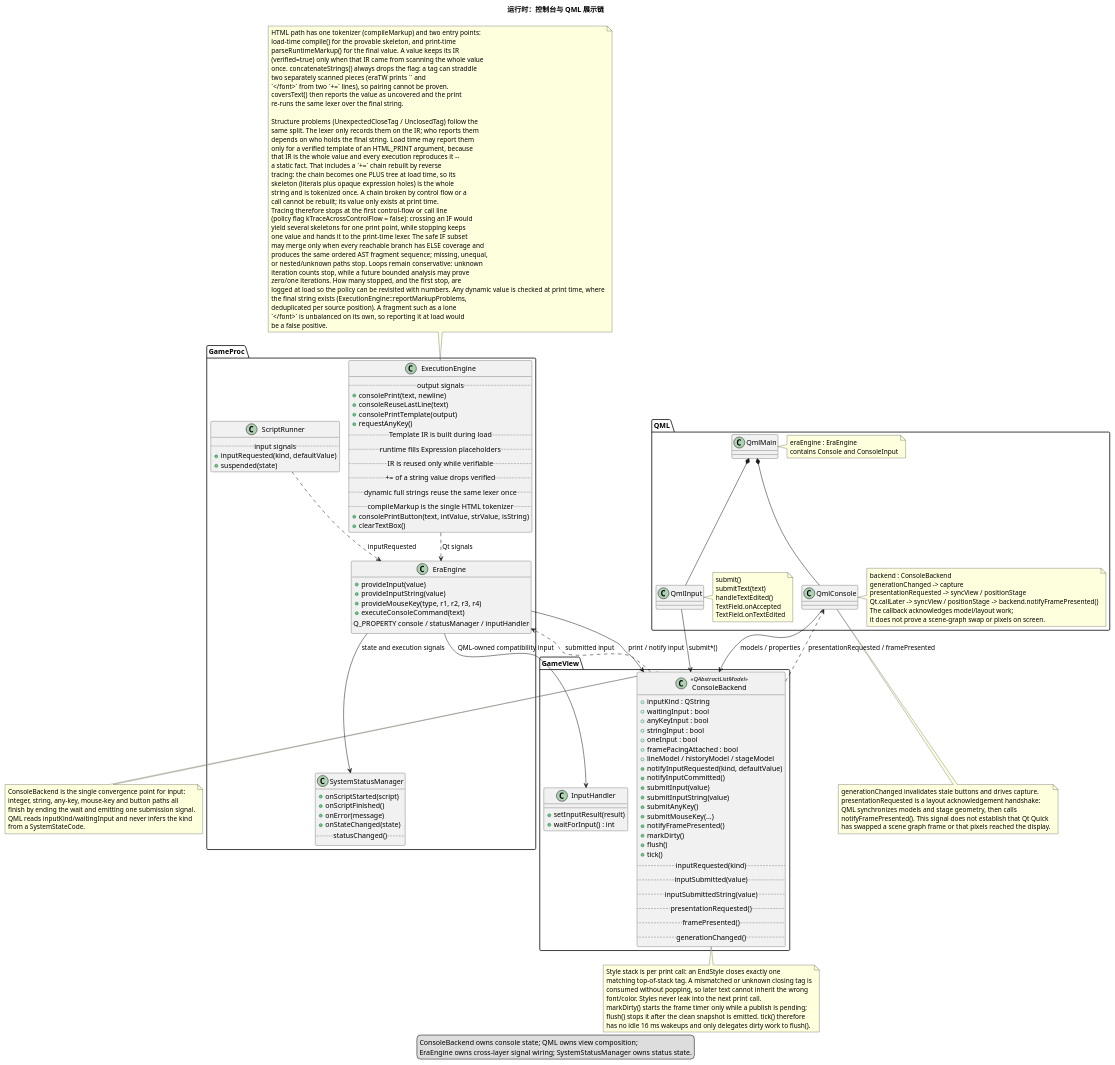
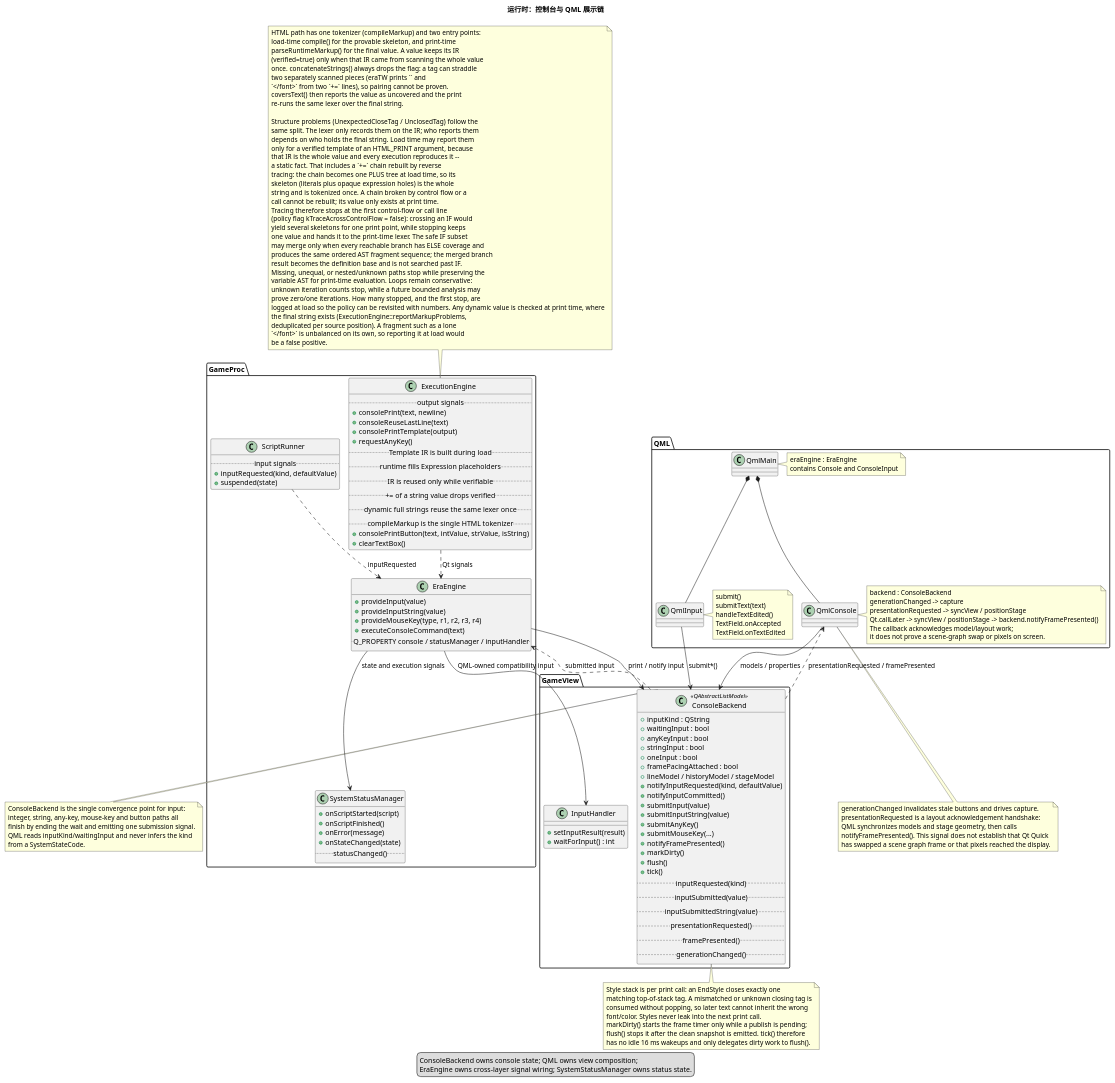
One commit to yigekuyou/qt-eraemu changed the diagram in docs/uml/04-runtime-console-qml.puml. Above: the diagram before and after it, drawn with PlantUML. The commit also changed 2 other files, not shown here.

```diff
--- a/docs/uml/04-runtime-console-qml.puml
+++ b/docs/uml/04-runtime-console-qml.puml
@@ -1,190 +1,192 @@
 @startuml 04-runtime-console-qml
 !pragma layout smetana
 ' 运行时责任 3/4：输出、输入桥接与 QML 呈现
 ' 来源：eraengine.cpp, GameProc/execution_engine.h, GameView/console_backend.h,
 '       GameView/system_status_manager.h, GameView/input_handler.h, qml/Console.qml,
 '       qml/ConsoleInput.qml
 
 title 运行时：控制台与 QML 展示链
 
 package "GameProc" {
   class ExecutionEngine {
     .. output signals ..
     + consolePrint(text, newline)
     + consoleReuseLastLine(text)
     + consolePrintTemplate(output)
     + requestAnyKey()
     .. Template IR is built during load ..
     .. runtime fills Expression placeholders ..
     .. IR is reused only while verifiable ..
     .. += of a string value drops verified ..
     .. dynamic full strings reuse the same lexer once ..
     .. compileMarkup is the single HTML tokenizer ..
     + consolePrintButton(text, intValue, strValue, isString)
     + clearTextBox()
   }
 
   class ScriptRunner {
     .. input signals ..
     + inputRequested(kind, defaultValue)
     + suspended(state)
   }
 
   class EraEngine {
     + provideInput(value)
     + provideInputString(value)
     + provideMouseKey(type, r1, r2, r3, r4)
     + executeConsoleCommand(text)
     .. Q_PROPERTY console / statusManager / inputHandler ..
   }
 
   class SystemStatusManager {
     + onScriptStarted(script)
     + onScriptFinished()
     + onError(message)
     + onStateChanged(state)
     .. statusChanged() ..
   }
 }
 
 package "GameView" {
   class ConsoleBackend <<QAbstractListModel>> {
     + inputKind : QString
     + waitingInput : bool
     + anyKeyInput : bool
     + stringInput : bool
     + oneInput : bool
     + framePacingAttached : bool
     + lineModel / historyModel / stageModel
     + notifyInputRequested(kind, defaultValue)
     + notifyInputCommitted()
     + submitInput(value)
     + submitInputString(value)
     + submitAnyKey()
     + submitMouseKey(...)
     + notifyFramePresented()
     + markDirty()
     + flush()
     + tick()
     .. inputRequested(kind) ..
     .. inputSubmitted(value) ..
     .. inputSubmittedString(value) ..
     .. presentationRequested() ..
     .. framePresented() ..
     .. generationChanged() ..
   }
 
   class InputHandler {
     + setInputResult(result)
     + waitForInput() : int
   }
 }
 
 package "QML" {
   class QmlConsole
   class QmlInput
   class QmlMain
 
   note right of QmlConsole
     backend : ConsoleBackend
     generationChanged -> capture
     presentationRequested -> syncView / positionStage
     Qt.callLater -> syncView / positionStage -> backend.notifyFramePresented()
     The callback acknowledges model/layout work;
     it does not prove a scene-graph swap or pixels on screen.
   end note
 
   note right of QmlInput
     submit()
     submitText(text)
     handleTextEdited()
     TextField.onAccepted
     TextField.onTextEdited
   end note
 
   note right of QmlMain
     eraEngine : EraEngine
     contains Console and ConsoleInput
   end note
 }
 
 ExecutionEngine ..> EraEngine : Qt signals
 ScriptRunner ..> EraEngine : inputRequested
 EraEngine --> ConsoleBackend : print / notify input
 ConsoleBackend ..> EraEngine : submitted input
 EraEngine --> SystemStatusManager : state and execution signals
 EraEngine --> InputHandler : QML-owned compatibility input
 QmlMain *-- QmlConsole
 QmlMain *-- QmlInput
 QmlConsole --> ConsoleBackend : models / properties
 QmlInput --> ConsoleBackend : submit*()
 ConsoleBackend ..> QmlConsole : presentationRequested / framePresented
 
 note right of ConsoleBackend
   ConsoleBackend is the single convergence point for input:
   integer, string, any-key, mouse-key and button paths all
   finish by ending the wait and emitting one submission signal.
   QML reads inputKind/waitingInput and never infers the kind
   from a SystemStateCode.
 end note
 
 note top of ExecutionEngine
   HTML path has one tokenizer (compileMarkup) and two entry points:
   load-time compile() for the provable skeleton, and print-time
   parseRuntimeMarkup() for the final value. A value keeps its IR
   (verified=true) only when that IR came from scanning the whole value
   once. concatenateStrings() always drops the flag: a tag can straddle
   two separately scanned pieces (eraTW prints `<font ...>` and
   `</font>` from two `+=` lines), so pairing cannot be proven.
   coversText() then reports the value as uncovered and the print
   re-runs the same lexer over the final string.
 
   Structure problems (UnexpectedCloseTag / UnclosedTag) follow the
   same split. The lexer only records them on the IR; who reports them
   depends on who holds the final string. Load time may report them
   only for a verified template of an HTML_PRINT argument, because
   that IR is the whole value and every execution reproduces it --
   a static fact. That includes a `+=` chain rebuilt by reverse
   tracing: the chain becomes one PLUS tree at load time, so its
   skeleton (literals plus opaque expression holes) is the whole
   string and is tokenized once. A chain broken by control flow or a
   call cannot be rebuilt; its value only exists at print time.
   Tracing therefore stops at the first control-flow or call line
   (policy flag kTraceAcrossControlFlow = false): crossing an IF would
   yield several skeletons for one print point, while stopping keeps
   one value and hands it to the print-time lexer. The safe IF subset
   may merge only when every reachable branch has ELSE coverage and
-  produces the same ordered AST fragment sequence; missing, unequal,
-  or nested/unknown paths stop. Loops remain conservative: unknown
-  iteration counts stop, while a future bounded analysis may prove
-  zero/one iterations. How many stopped, and the first stop, are
+  produces the same ordered AST fragment sequence; the merged branch
+  result becomes the definition base and is not searched past IF.
+  Missing, unequal, or nested/unknown paths stop while preserving the
+  variable AST for print-time evaluation. Loops remain conservative:
+  unknown iteration counts stop, while a future bounded analysis may
+  prove zero/one iterations. How many stopped, and the first stop, are
   logged at load so the policy can be revisited with numbers. Any dynamic value is checked at print time, where
   the final string exists (ExecutionEngine::reportMarkupProblems,
   deduplicated per source position). A fragment such as a lone
   `</font>` is unbalanced on its own, so reporting it at load would
   be a false positive.
 end note
 
 note bottom of QmlConsole
   generationChanged invalidates stale buttons and drives capture.
   presentationRequested is a layout acknowledgement handshake:
   QML synchronizes models and stage geometry, then calls
   notifyFramePresented(). This signal does not establish that Qt Quick
   has swapped a scene graph frame or that pixels reached the display.
 end note
 
 note bottom of ConsoleBackend
   Style stack is per print call: an EndStyle closes exactly one
   matching top-of-stack tag. A mismatched or unknown closing tag is
   consumed without popping, so later text cannot inherit the wrong
   font/color. Styles never leak into the next print call.
   markDirty() starts the frame timer only while a publish is pending;
   flush() stops it after the clean snapshot is emitted. tick() therefore
   has no idle 16 ms wakeups and only delegates dirty work to flush().
 end note
 
 legend bottom
   ConsoleBackend owns console state; QML owns view composition;
   EraEngine owns cross-layer signal wiring; SystemStatusManager owns status state.
 endlegend
 @enduml
```
